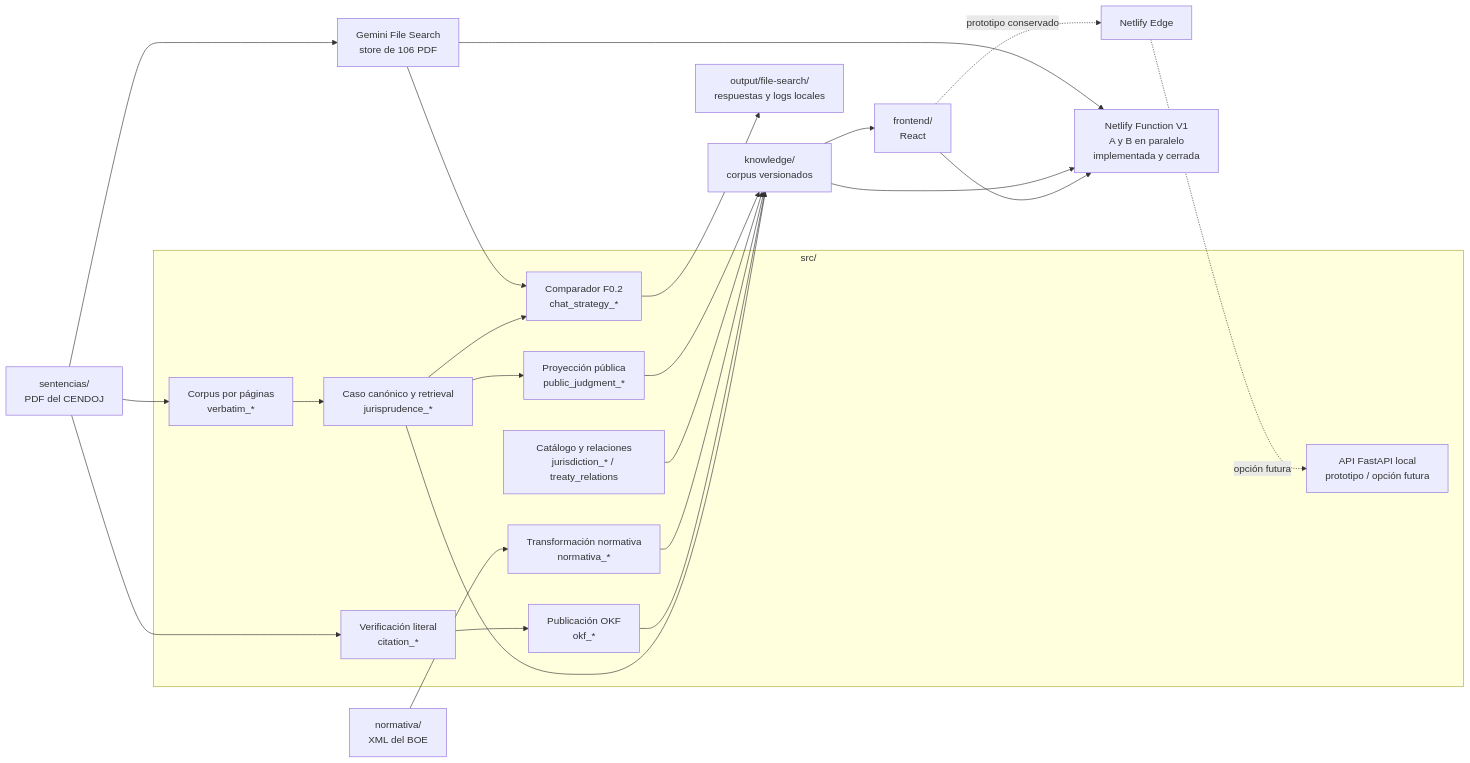
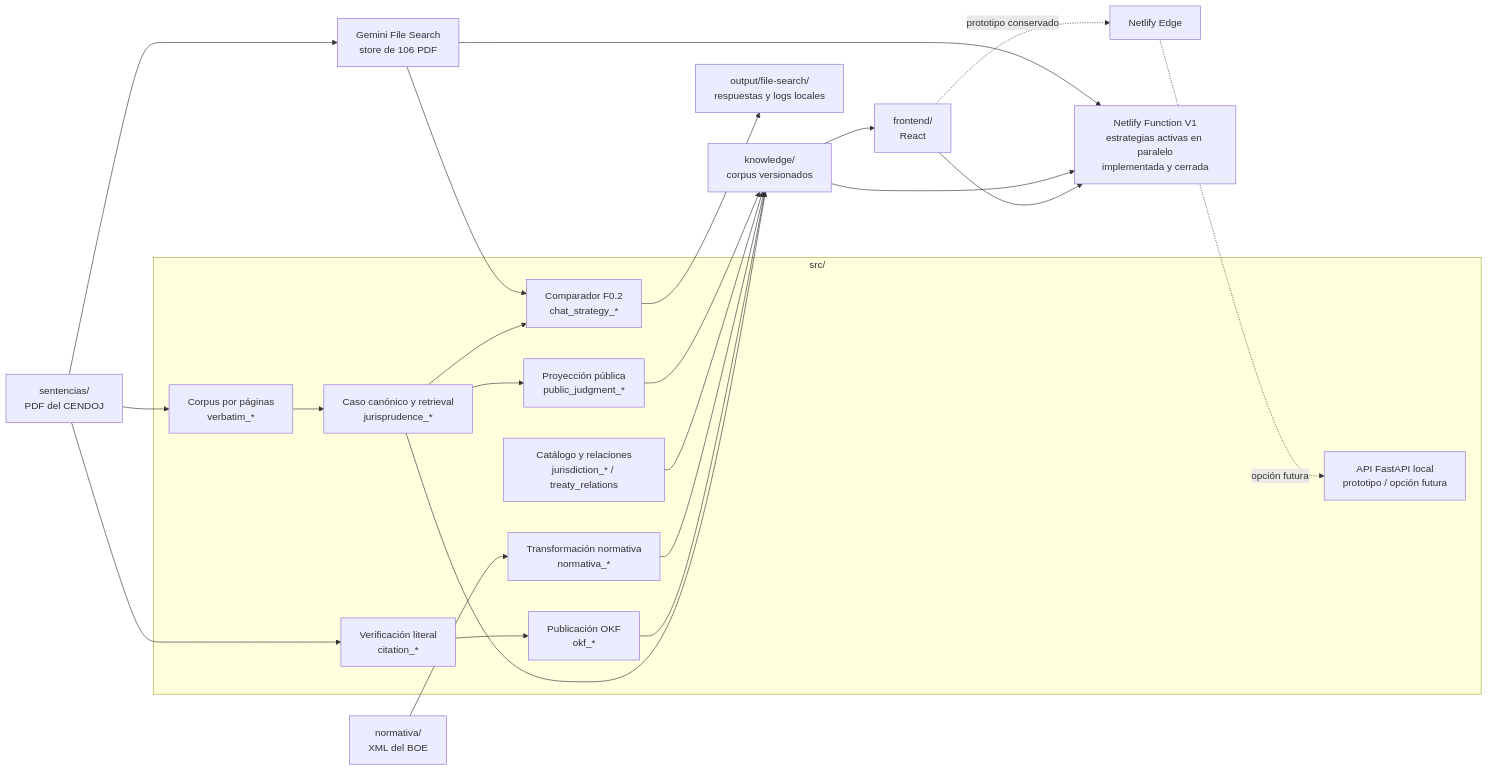
One commit to jmgb/residenciafiscal changed the diagram in docs/ARCHITECTURE.md. Above: the diagram before and after it, drawn with Mermaid. The commit also changed other lines of this file and 12 other files, not shown here.

````diff
--- a/docs/ARCHITECTURE.md
+++ b/docs/ARCHITECTURE.md
@@ -38,38 +38,38 @@
 ```mermaid
 flowchart LR
     PDF["sentencias/<br/>PDF del CENDOJ"]
     BOE["normativa/<br/>XML del BOE"] --> NORM
     PDF --> FILESEARCH["Gemini File Search<br/>store de 106 PDF"]
 
     subgraph PYTHON["src/"]
         API["API FastAPI local<br/>prototipo / opción futura"]
         CITES["Verificación literal<br/>citation_*"]
         CASES["Caso canónico y retrieval<br/>jurisprudence_*"]
         OKF["Publicación OKF<br/>okf_*"]
         VERBATIM["Corpus por páginas<br/>verbatim_*"]
         NORM["Transformación normativa<br/>normativa_*"]
         JURISDICTIONS["Catálogo y relaciones<br/>jurisdiction_* / treaty_relations"]
         PUBLIC["Proyección pública<br/>public_judgment_*"]
         CHAT["Comparador F0.2<br/>chat_strategy_*"]
     end
 
     PDF --> CITES
     CITES --> OKF
     PDF --> VERBATIM
     VERBATIM --> CASES
     CASES --> PUBLIC
     CASES --> CHAT
     FILESEARCH --> CHAT
     CHAT --> CHATOUT["output/file-search/<br/>respuestas y logs locales"]
     CASES --> KNOWLEDGE["knowledge/<br/>corpus versionados"]
     OKF --> KNOWLEDGE
     NORM --> KNOWLEDGE
     JURISDICTIONS --> KNOWLEDGE
     PUBLIC --> KNOWLEDGE
     KNOWLEDGE --> WEB["frontend/<br/>React"]
-    WEB --> FUNCTION["Netlify Function V1<br/>A y B en paralelo<br/>implementada y cerrada"]
+    WEB --> FUNCTION["Netlify Function V1<br/>estrategias activas en paralelo<br/>implementada y cerrada"]
     KNOWLEDGE --> FUNCTION
     FILESEARCH --> FUNCTION
     WEB -. prototipo conservado .-> EDGE["Netlify Edge"]
     EDGE -. opción futura .-> API
 ```
````
